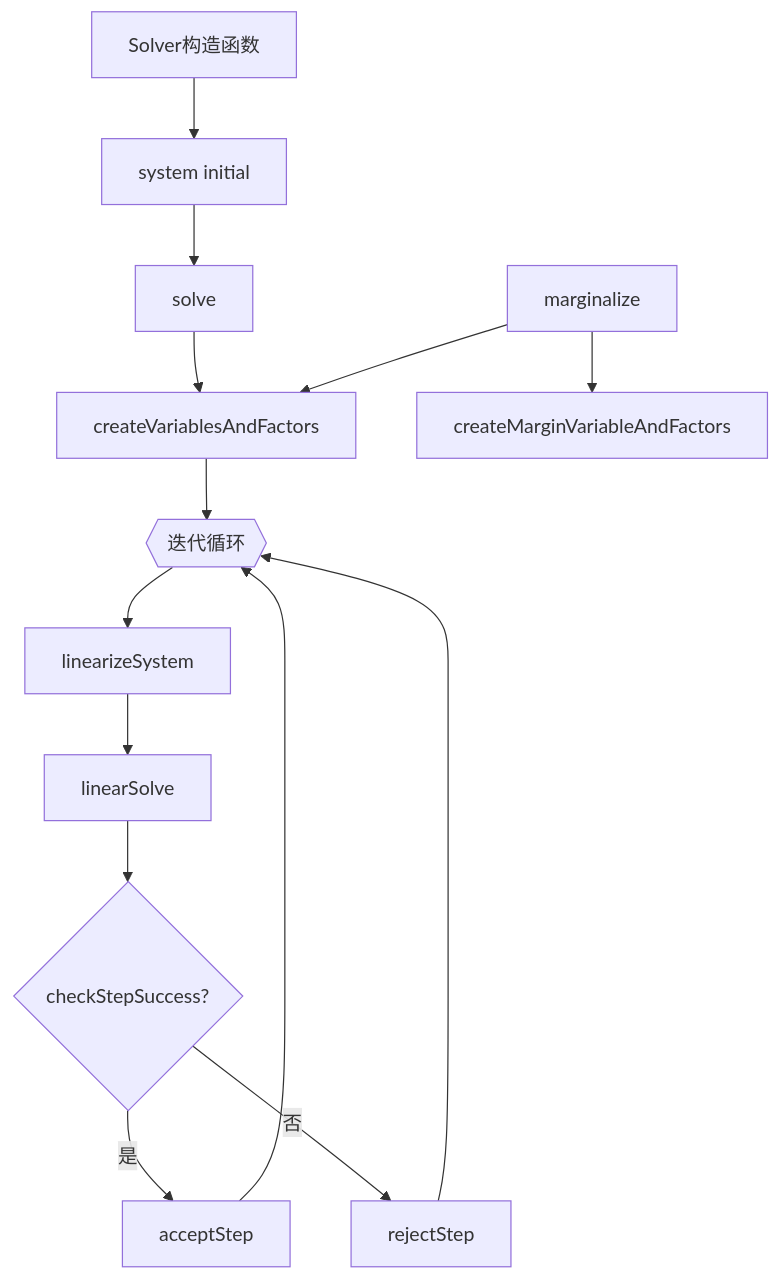
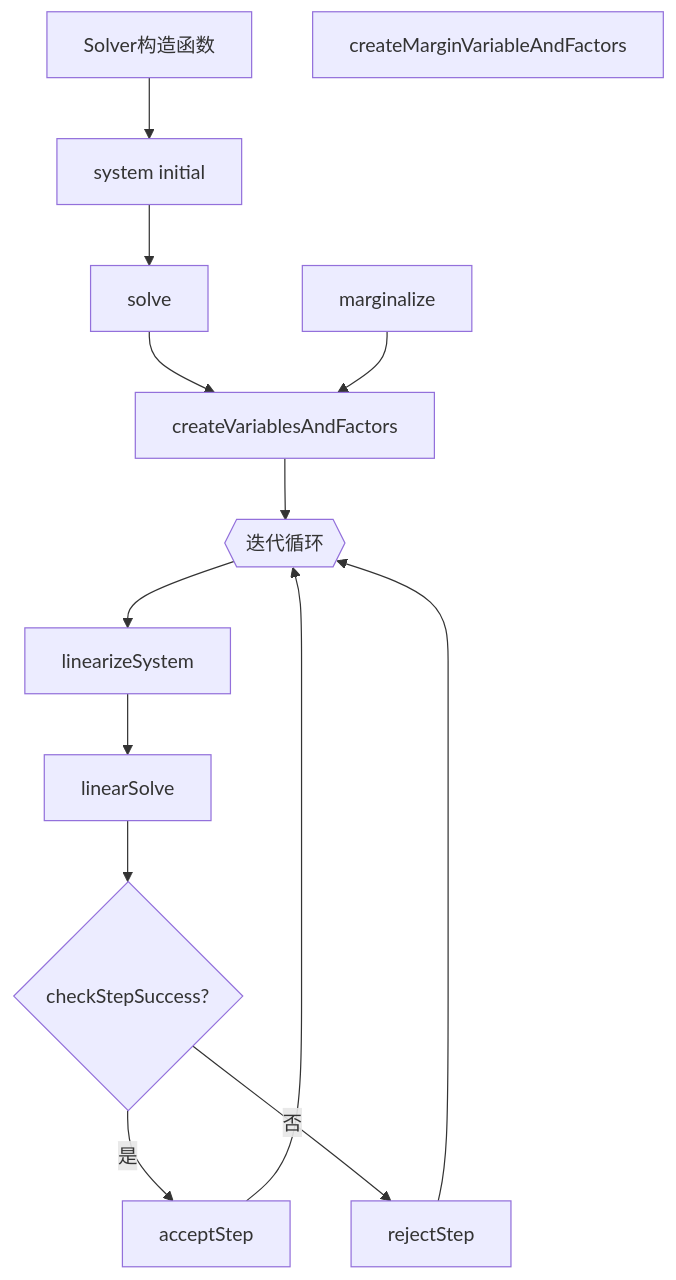
Before and after one commit to huzixuan1/iodraw-files: the diagram in all/未命名-2.md, drawn with Mermaid.

Commit message:
2025-04-17 09:29:05 update

````diff
--- a/all/未命名-2.md
+++ b/all/未命名-2.md
@@ -1,19 +1,19 @@
 ```mermaid
 
 graph TD
     A[Solver构造函数] --> B[system initial]
     B --> C[solve]
     C --> D[createVariablesAndFactors]
     D --> E{{迭代循环}}
     E --> F[linearizeSystem]
     F --> G[linearSolve]
     G --> H{checkStepSuccess?}
     H -- 是 --> I[acceptStep]
     H -- 否 --> J[rejectStep]
     I --> E
     J --> E
     K[marginalize] --> D
-    K --> M[createMarginVariableAndFactors]
+    M[createMarginVariableAndFactors]
 
 
 ```
````
